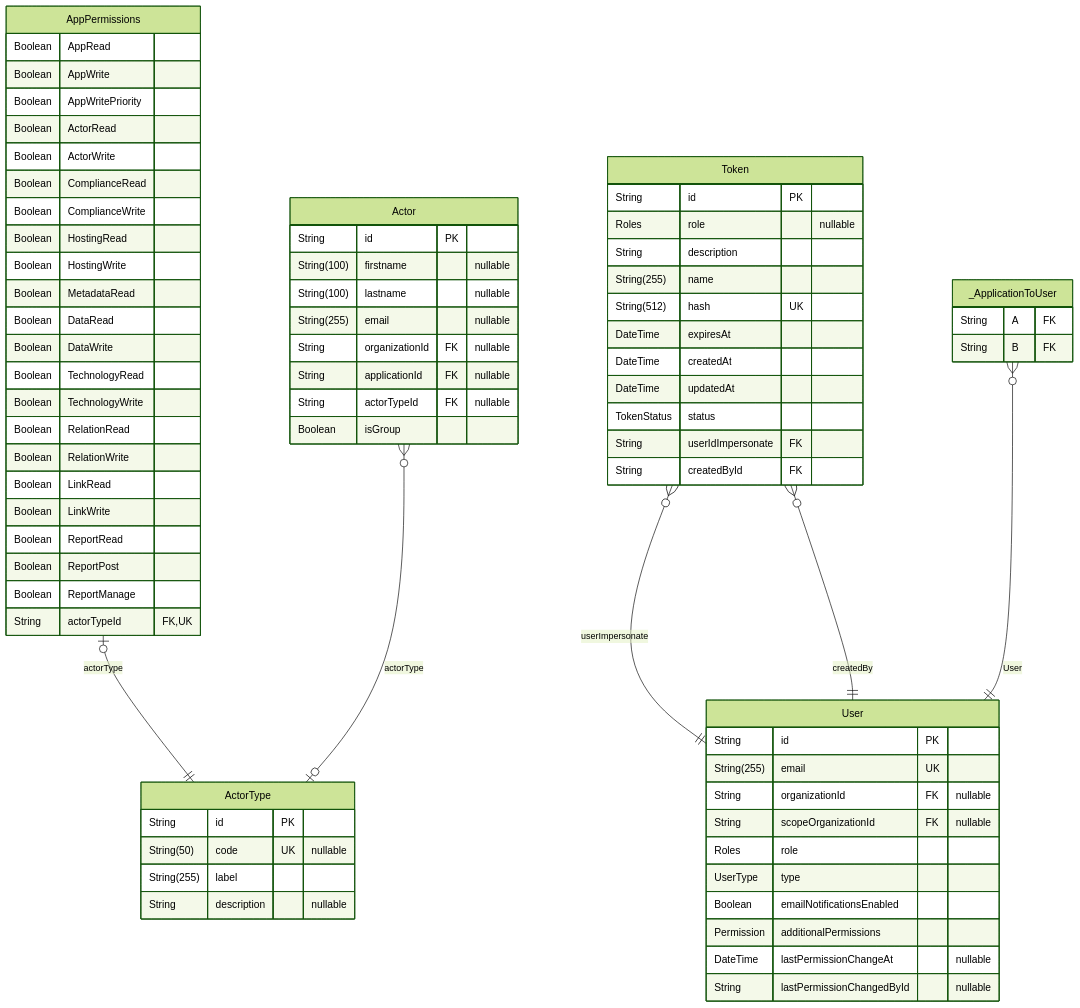
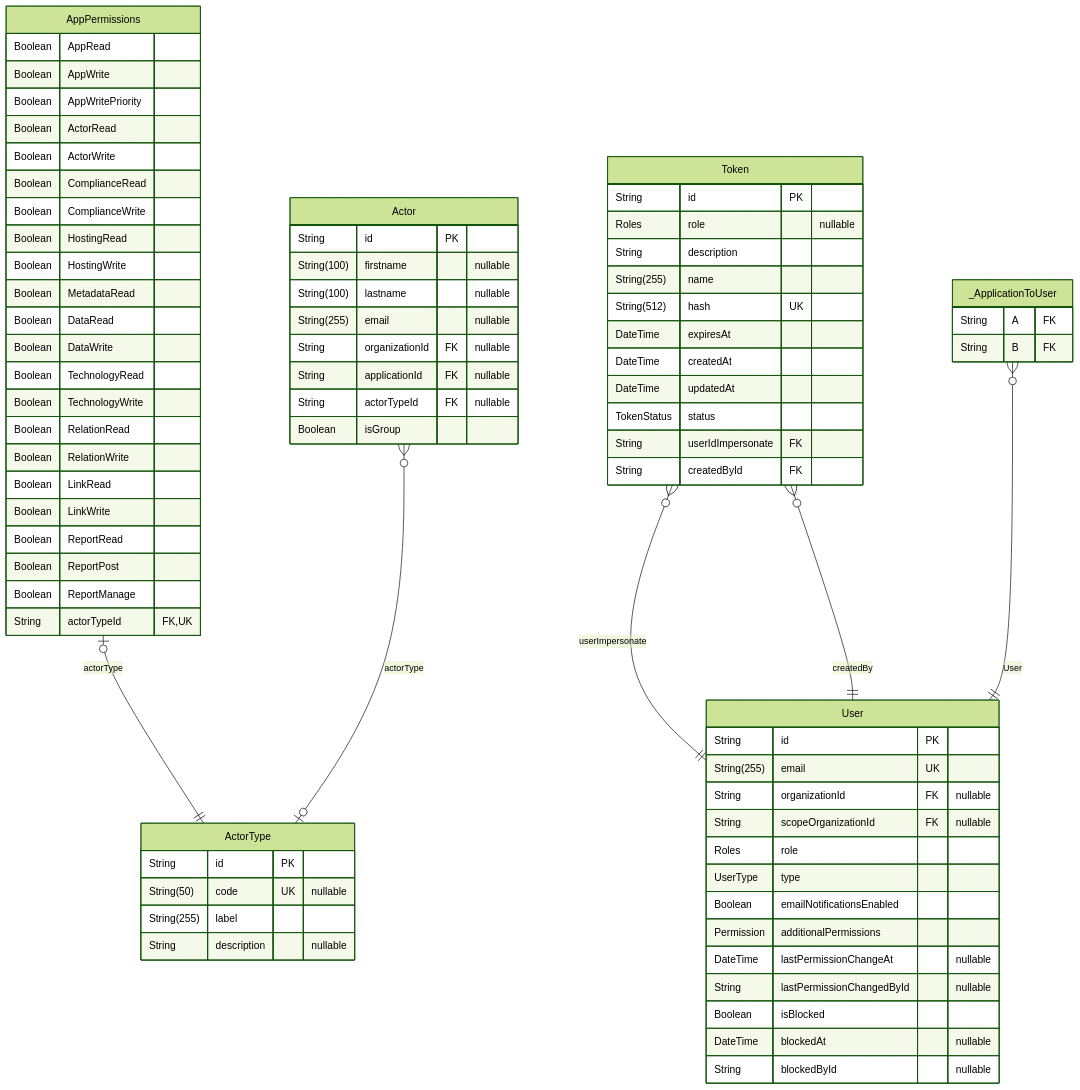
The tenth of 14 diagrams in backend/prisma/docs/schema.md (dnum-mi/referentiel-applications), drawn with Mermaid (forest theme) before and after one commit. The commit also changed other lines of this file and 23 other files, not shown here.

````diff
--- a/backend/prisma/docs/schema.md
+++ b/backend/prisma/docs/schema.md
@@ -806,77 +806,80 @@
 ```mermaid
 erDiagram
 "AppPermissions" {
   Boolean AppRead
   Boolean AppWrite
   Boolean AppWritePriority
   Boolean ActorRead
   Boolean ActorWrite
   Boolean ComplianceRead
   Boolean ComplianceWrite
   Boolean HostingRead
   Boolean HostingWrite
   Boolean MetadataRead
   Boolean DataRead
   Boolean DataWrite
   Boolean TechnologyRead
   Boolean TechnologyWrite
   Boolean RelationRead
   Boolean RelationWrite
   Boolean LinkRead
   Boolean LinkWrite
   Boolean ReportRead
   Boolean ReportPost
   Boolean ReportManage
   String actorTypeId FK,UK
 }
 "Token" {
   String id PK
   Roles role "nullable"
   String description
   String(255) name
   String(512) hash UK
   DateTime expiresAt
   DateTime createdAt
   DateTime updatedAt
   TokenStatus status
   String userIdImpersonate FK
   String createdById FK
 }
 "User" {
   String id PK
   String(255) email UK
   String organizationId FK "nullable"
   String scopeOrganizationId FK "nullable"
   Roles role
   UserType type
   Boolean emailNotificationsEnabled
   Permission additionalPermissions
   DateTime lastPermissionChangeAt "nullable"
   String lastPermissionChangedById "nullable"
+  Boolean isBlocked
+  DateTime blockedAt "nullable"
+  String blockedById "nullable"
 }
 "Actor" {
   String id PK
   String(100) firstname "nullable"
   String(100) lastname "nullable"
   String(255) email "nullable"
   String organizationId FK "nullable"
   String applicationId FK "nullable"
   String actorTypeId FK "nullable"
   Boolean isGroup
 }
 "ActorType" {
   String id PK
   String(50) code UK "nullable"
   String(255) label
   String description "nullable"
 }
 "_ApplicationToUser" {
   String A FK
   String B FK
 }
 "AppPermissions" |o--|| "ActorType" : actorType
 "Token" }o--|| "User" : userImpersonate
 "Token" }o--|| "User" : createdBy
 "Actor" }o--o| "ActorType" : actorType
 "_ApplicationToUser" }o--|| "User" : User
 ```
````
